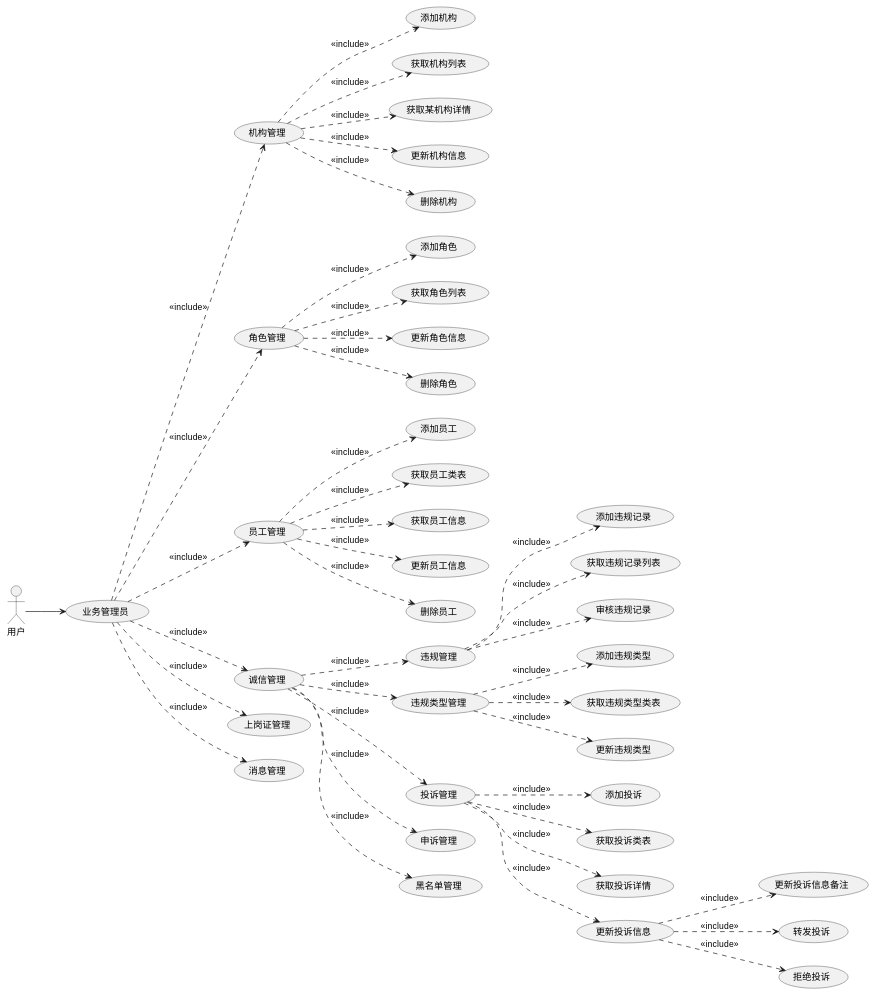
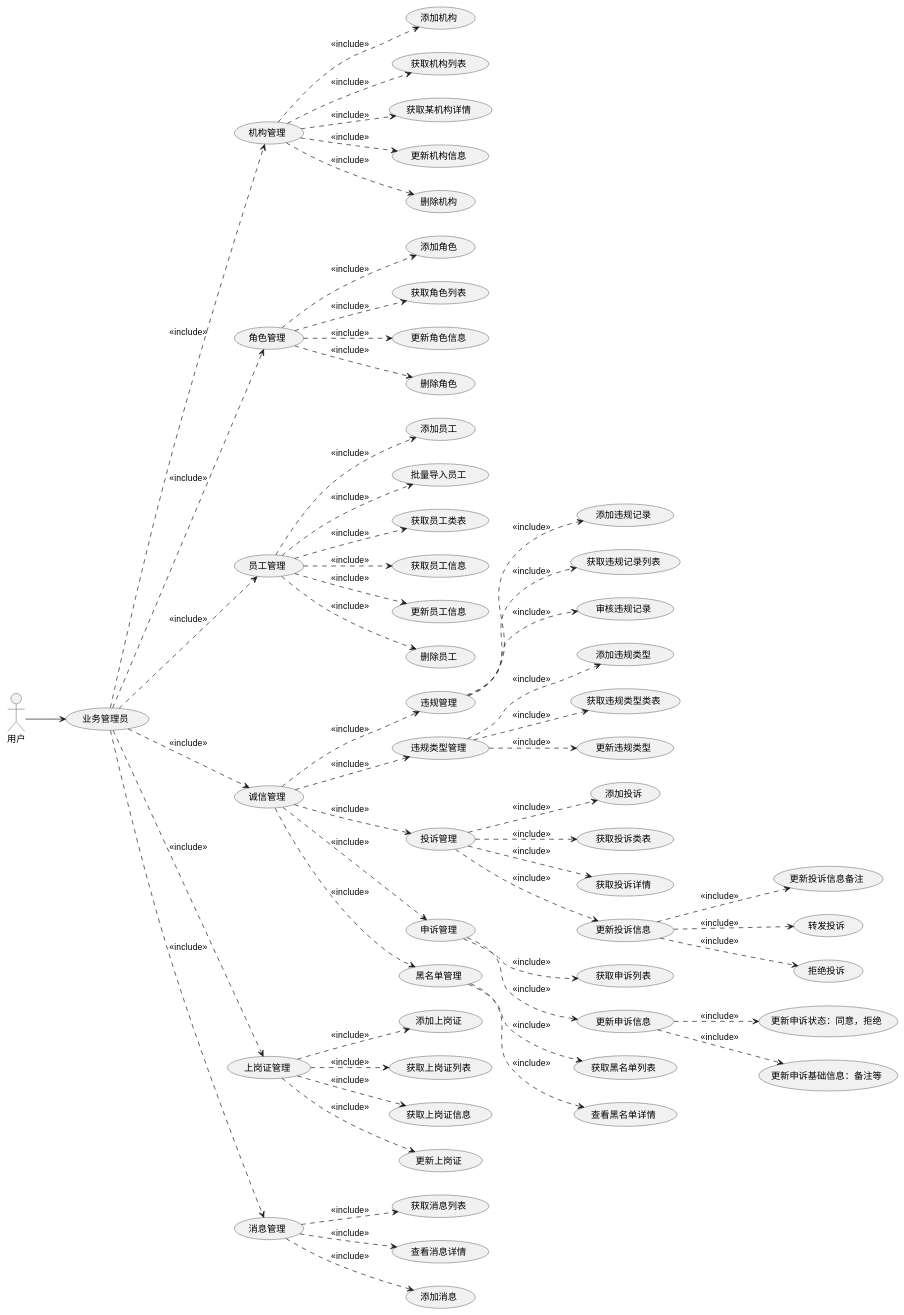
The diagram in docs/credit/README.md (evildoerX/hyperledger-credit), drawn with PlantUML before and after one commit.

```diff
--- a/docs/credit/README.md
+++ b/docs/credit/README.md
@@ -13,42 +13,56 @@
 @startuml
 left to right direction
 用户 --> (业务管理员)
 (业务管理员) ..> (机构管理): <<include>>
 (机构管理) ..> (添加机构): <<include>>
 (机构管理) ..> (获取机构列表): <<include>>
 (机构管理) ..> (获取某机构详情): <<include>>
 (机构管理) ..> (更新机构信息): <<include>>
 (机构管理) ..> (删除机构): <<include>>
 (业务管理员) ..> (角色管理): <<include>>
 (角色管理) ..> (添加角色): <<include>>
 (角色管理) ..> (获取角色列表): <<include>>
 (角色管理) ..> (更新角色信息): <<include>>
 (角色管理) ..> (删除角色): <<include>>
 (业务管理员) ..> (员工管理): <<include>>
 (员工管理) ..> (添加员工): <<include>>
+(员工管理) ..> (批量导入员工): <<include>>
 (员工管理) ..> (获取员工类表): <<include>>
 (员工管理) ..> (获取员工信息): <<include>>
 (员工管理) ..> (更新员工信息): <<include>>
 (员工管理) ..> (删除员工): <<include>>
 (业务管理员) ..> (诚信管理): <<include>>
 (诚信管理) ..> (违规管理): <<include>>
 (违规管理) ..> (添加违规记录): <<include>>
 (违规管理) ..> (获取违规记录列表): <<include>>
 (违规管理) ..> (审核违规记录): <<include>>
 (诚信管理) ..> (违规类型管理): <<include>>
 (违规类型管理) ..> (添加违规类型): <<include>>
 (违规类型管理) ..> (获取违规类型类表): <<include>>
 (违规类型管理) ..> (更新违规类型): <<include>>
 (诚信管理) ..> (投诉管理): <<include>>
 (投诉管理) ..> (添加投诉): <<include>>
 (投诉管理) ..> (获取投诉类表): <<include>>
 (投诉管理) ..> (获取投诉详情): <<include>>
 (投诉管理) ..> (更新投诉信息): <<include>>
 (更新投诉信息) ..> (更新投诉信息备注): <<include>>
 (更新投诉信息) ..> (转发投诉): <<include>>
 (更新投诉信息) ..> (拒绝投诉): <<include>>
 (诚信管理) ..> (申诉管理): <<include>>
+(申诉管理) ..> (获取申诉列表): <<include>>
+(申诉管理) ..> (更新申诉信息): <<include>>
+(更新申诉信息) ..> (更新申诉状态：同意，拒绝): <<include>>
+(更新申诉信息) ..> (更新申诉基础信息：备注等): <<include>>
 (诚信管理) ..> (黑名单管理): <<include>>
+(黑名单管理) ..> (获取黑名单列表): <<include>>
+(黑名单管理) ..> (查看黑名单详情): <<include>>
 (业务管理员) ..> (上岗证管理): <<include>>
+(上岗证管理) ..> (添加上岗证): <<include>>
+(上岗证管理) ..> (获取上岗证列表): <<include>>
+(上岗证管理) ..> (获取上岗证信息): <<include>>
+(上岗证管理) ..> (更新上岗证): <<include>>
 (业务管理员) ..> (消息管理): <<include>>
+(消息管理) ..> (获取消息列表): <<include>>
+(消息管理) ..> (查看消息详情): <<include>>
+(消息管理) ..> (添加消息): <<include>>
 @enduml
```
